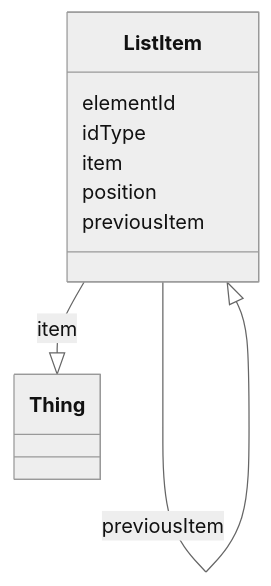
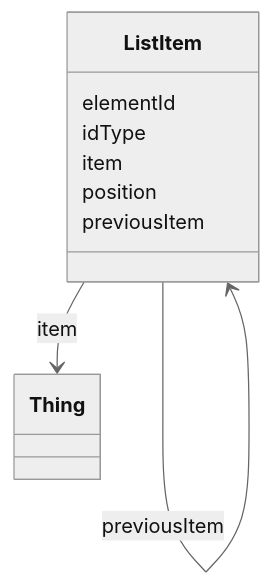
One commit to INCATools/ontology-access-kit changed the diagram in item-list/ListItem.md. Above: the diagram before and after it, drawn with Mermaid (neutral theme). The commit also changed other lines of this file and 389 other files, not shown here.

````diff
--- a/item-list/ListItem.md
+++ b/item-list/ListItem.md
@@ -15,19 +15,19 @@
 ```{mermaid}
  classDiagram
     class ListItem
       ListItem : elementId
         
       ListItem : idType
         
       ListItem : item
         
-          ListItem --|> Thing : item
+          ListItem --> Thing : item
         
       ListItem : position
         
       ListItem : previousItem
         
-          ListItem --|> ListItem : previousItem
+          ListItem --> ListItem : previousItem
         
       
 ```
````
